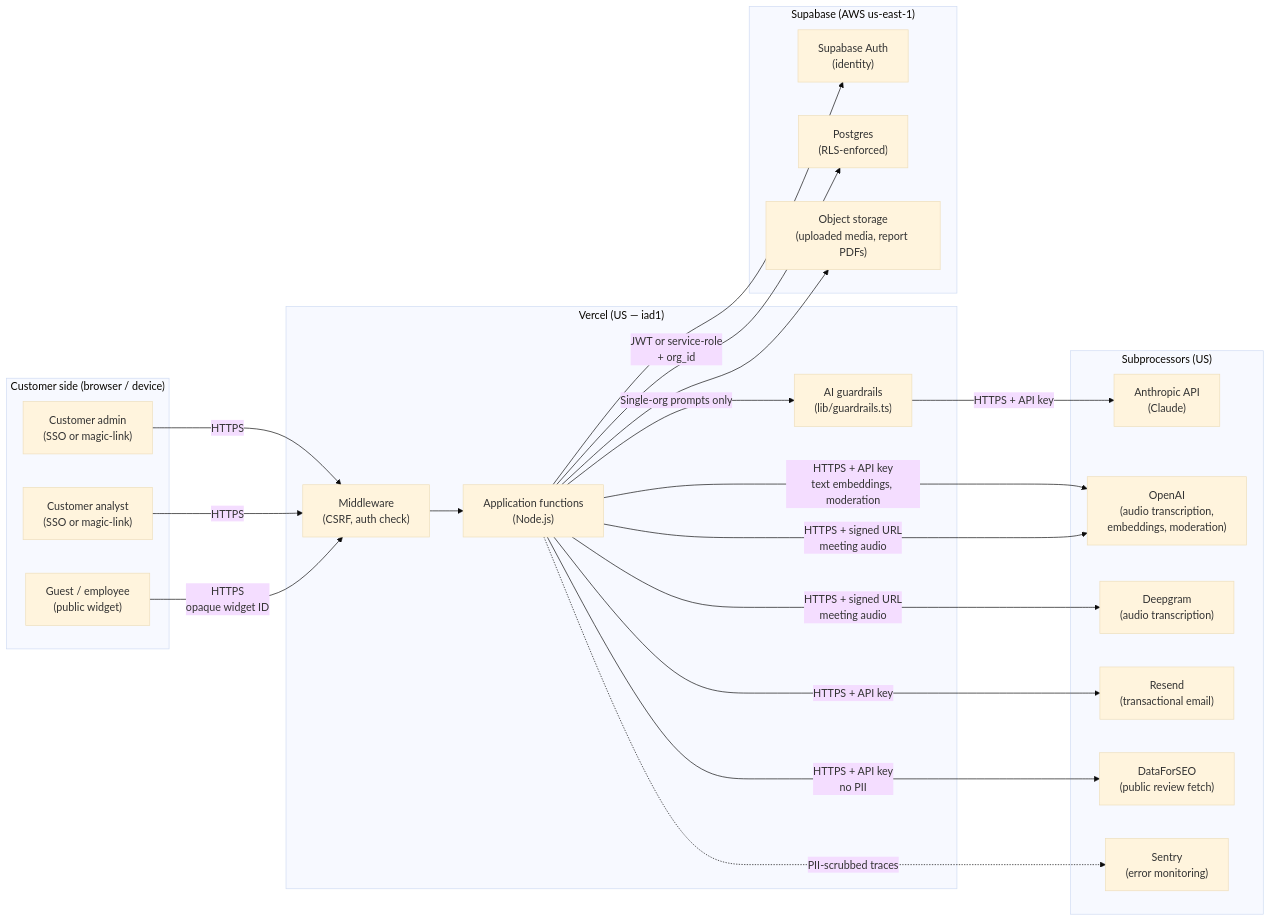
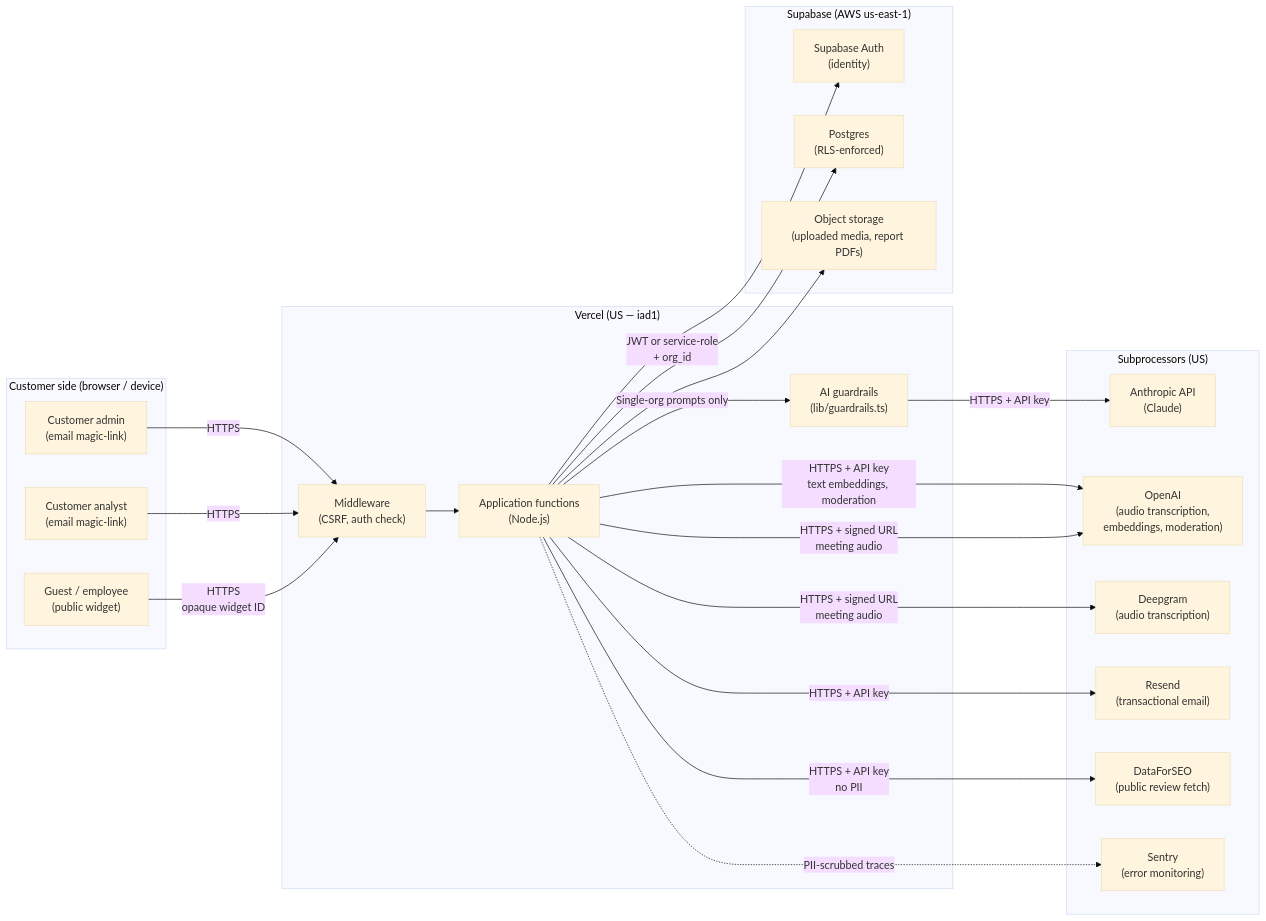
One commit to Got2surf2/sentimetrx changed the diagram in docs/DATA_FLOW.md. Above: the diagram before and after it, drawn with Mermaid (base theme). The commit also changed other lines of this file and 2 other files, not shown here.

````diff
--- a/docs/DATA_FLOW.md
+++ b/docs/DATA_FLOW.md
@@ -17,52 +17,52 @@
 ```mermaid
 flowchart LR
     %% Actors
     subgraph CustomerSide["Customer side (browser / device)"]
-        Admin["Customer admin<br/>(SSO or magic-link)"]
-        Analyst["Customer analyst<br/>(SSO or magic-link)"]
+        Admin["Customer admin<br/>(email magic-link)"]
+        Analyst["Customer analyst<br/>(email magic-link)"]
         Guest["Guest / employee<br/>(public widget)"]
     end
 
     %% Vercel edge + functions
     subgraph Vercel["Vercel (US — iad1)"]
         MW["Middleware<br/>(CSRF, auth check)"]
         Func["Application functions<br/>(Node.js)"]
         Guard["AI guardrails<br/>(lib/guardrails.ts)"]
     end
 
     %% Datastore
     subgraph Supabase["Supabase (AWS us-east-1)"]
         AuthDB["Supabase Auth<br/>(identity)"]
         PG["Postgres<br/>(RLS-enforced)"]
         Storage["Object storage<br/>(uploaded media, report PDFs)"]
     end
 
     %% Third parties
     subgraph ThirdParties["Subprocessors (US)"]
         Anthropic["Anthropic API<br/>(Claude)"]
         OpenAI["OpenAI<br/>(audio transcription,<br/>embeddings, moderation)"]
         Deepgram["Deepgram<br/>(audio transcription)"]
         Resend["Resend<br/>(transactional email)"]
         DFS["DataForSEO<br/>(public review fetch)"]
         Sentry["Sentry<br/>(error monitoring)"]
     end
 
     Admin -->|HTTPS| MW
     Analyst -->|HTTPS| MW
     Guest -->|HTTPS<br/>opaque widget ID| MW
 
     MW --> Func
     Func -->|JWT or service-role<br/>+ org_id| PG
     Func --> Storage
     Func --> AuthDB
 
     Func -->|Single-org prompts only| Guard
     Guard -->|HTTPS + API key| Anthropic
     Func -->|HTTPS + API key<br/>text embeddings, moderation| OpenAI
     Func -->|HTTPS + signed URL<br/>meeting audio| OpenAI
     Func -->|HTTPS + signed URL<br/>meeting audio| Deepgram
 
     Func -->|HTTPS + API key| Resend
     Func -->|HTTPS + API key<br/>no PII| DFS
     Func -.->|PII-scrubbed traces| Sentry
 ```
````
